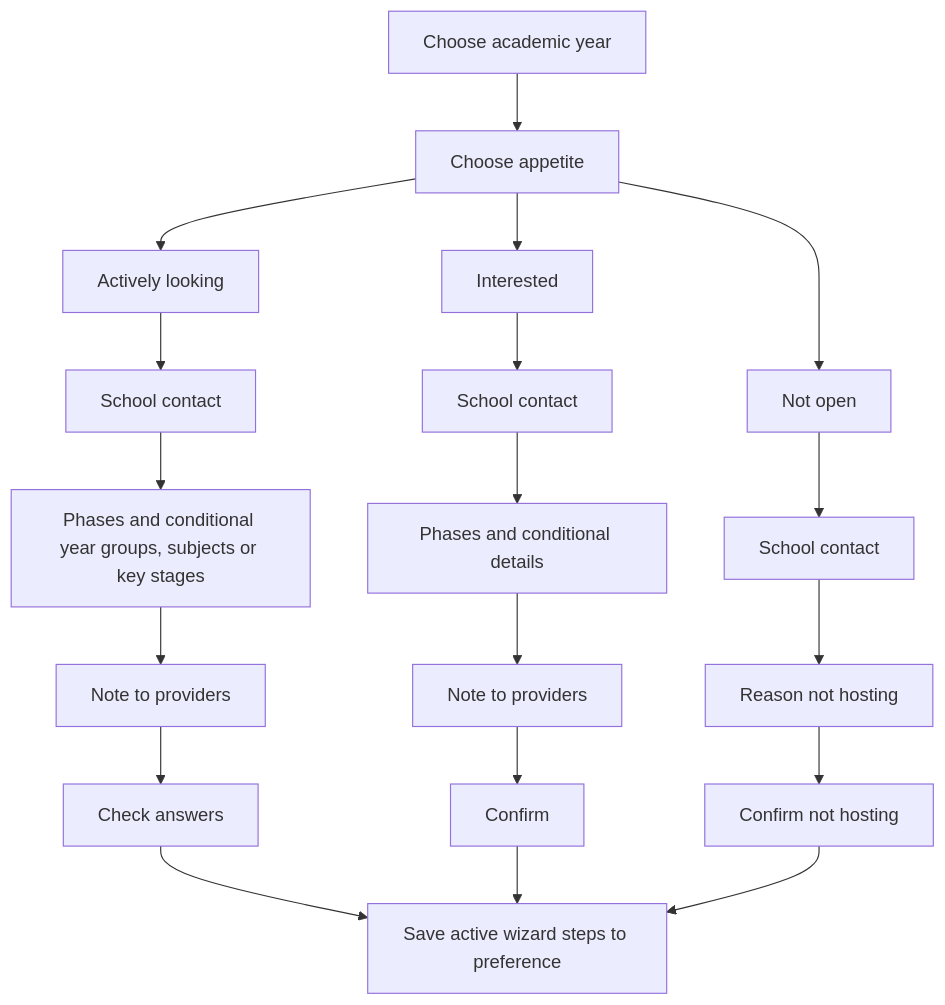
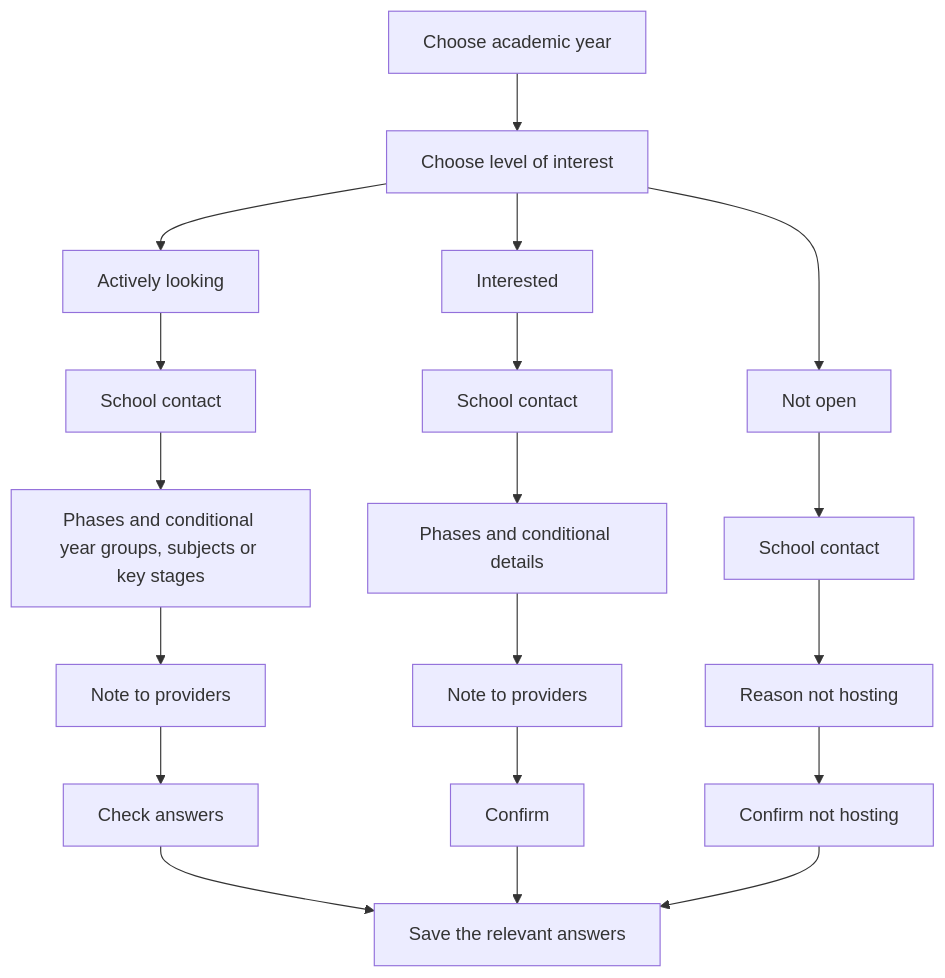
The second of 2 diagrams in docs/application-flows.md (DFE-Digital/find-placement-schools), drawn with Mermaid before and after one commit. The commit also changed other lines of this file and 15 other files, not shown here.

````diff
--- a/docs/application-flows.md
+++ b/docs/application-flows.md
@@ -42,21 +54,21 @@
 ```mermaid
 flowchart TD
-  Start[Choose academic year] --> Appetite[Choose appetite]
+  Start[Choose academic year] --> Appetite[Choose level of interest]
   Appetite --> Active[Actively looking]
   Appetite --> Interested[Interested]
   Appetite --> Closed[Not open]
   Active --> AContact[School contact]
   AContact --> Details[Phases and conditional year groups, subjects or key stages]
   Details --> Notes[Note to providers]
   Notes --> Check[Check answers]
   Interested --> IContact[School contact]
   IContact --> Flexible[Phases and conditional details]
   Flexible --> INote[Note to providers]
   INote --> Confirm[Confirm]
   Closed --> CContact[School contact]
   CContact --> Reason[Reason not hosting]
   Reason --> Sure[Confirm not hosting]
-  Check --> Save[Save active wizard steps to preference]
+  Check --> Save[Save the relevant answers]
   Confirm --> Save
   Sure --> Save
 ```
````
